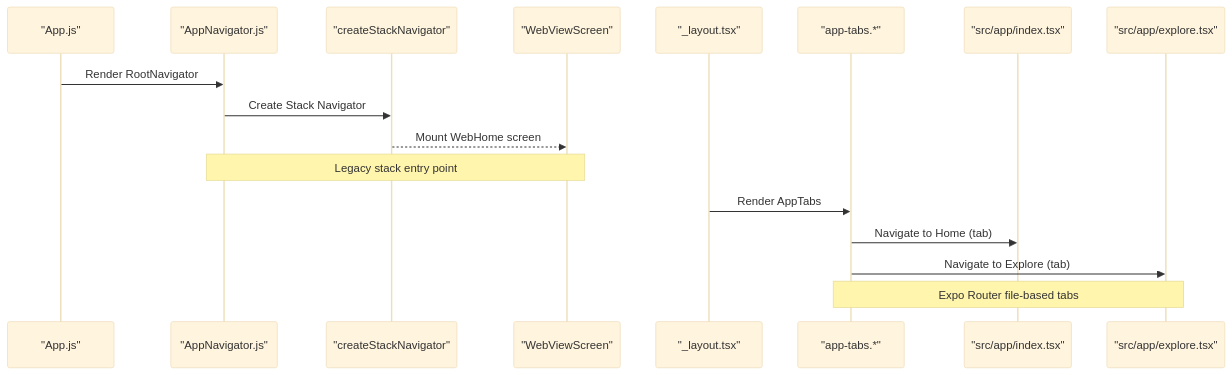
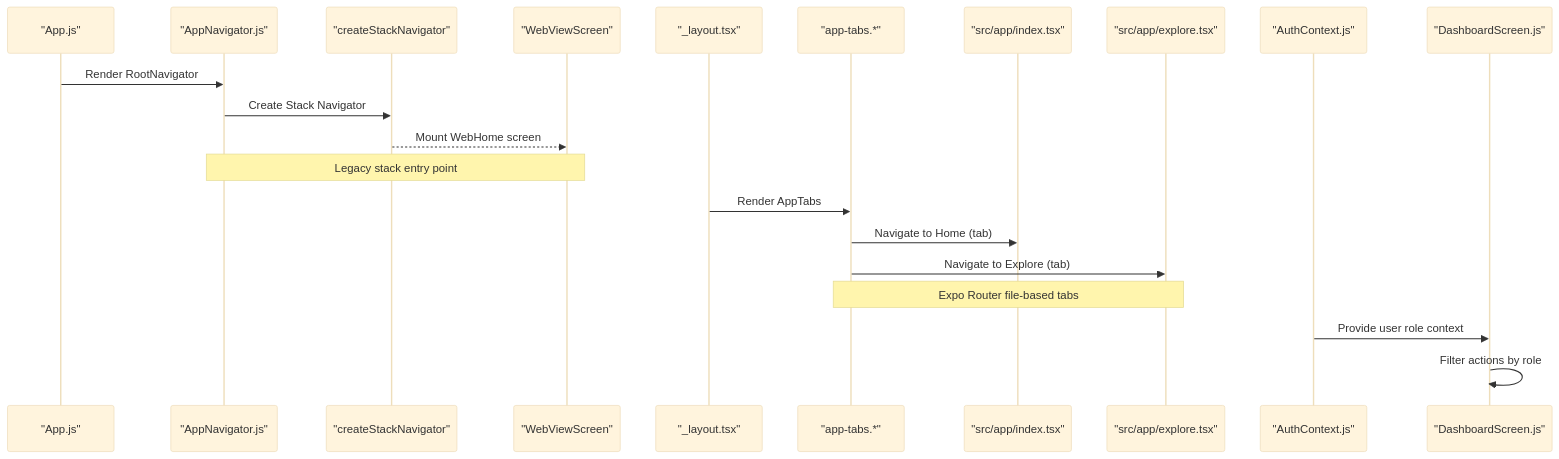
The second of 10 diagrams in .qoder/repowiki/en/content/Mobile Application/Navigation System.md (richard254120/axx-spaces-frontend), drawn with Mermaid (base theme) before and after one commit. The commit also changed other lines of this file and 31 other files, not shown here.

````diff
--- a/.qoder/repowiki/en/content/Mobile Application/Navigation System.md
+++ b/.qoder/repowiki/en/content/Mobile Application/Navigation System.md
@@ -106,19 +141,23 @@
 ```mermaid
 sequenceDiagram
 participant App as "App.js"
 participant Root as "AppNavigator.js"
 participant Stack as "createStackNavigator"
 participant WebView as "WebViewScreen"
 participant Shell as "_layout.tsx"
 participant Tabs as "app-tabs.*"
 participant RouteIndex as "src/app/index.tsx"
 participant RouteExplore as "src/app/explore.tsx"
+participant Auth as "AuthContext.js"
+participant Dashboard as "DashboardScreen.js"
 App->>Root : Render RootNavigator
 Root->>Stack : Create Stack Navigator
 Stack-->>WebView : Mount WebHome screen
 Note over Root,WebView : Legacy stack entry point
 Shell->>Tabs : Render AppTabs
 Tabs->>RouteIndex : Navigate to Home (tab)
 Tabs->>RouteExplore : Navigate to Explore (tab)
 Note over Tabs,RouteExplore : Expo Router file-based tabs
+Auth->>Dashboard : Provide user role context
+Dashboard->>Dashboard : Filter actions by role
 ```
````
